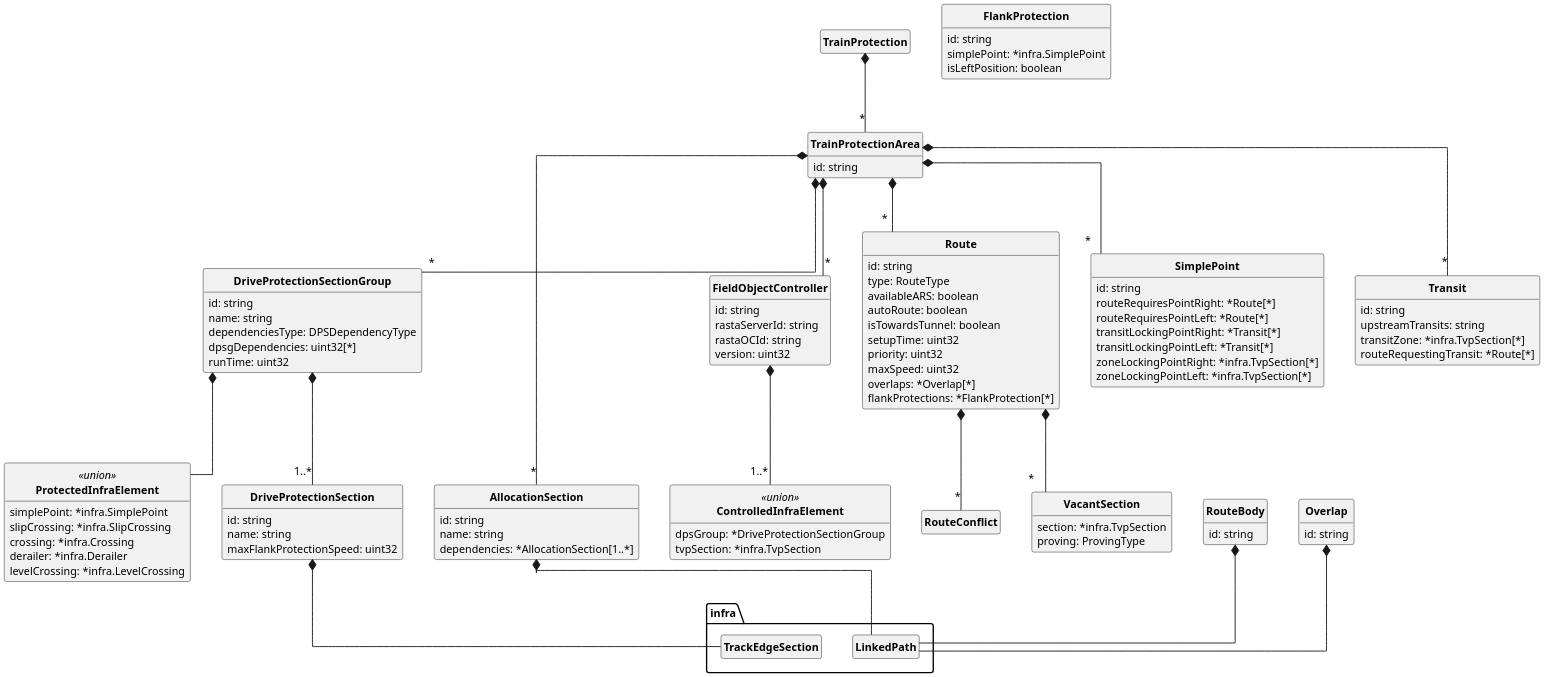
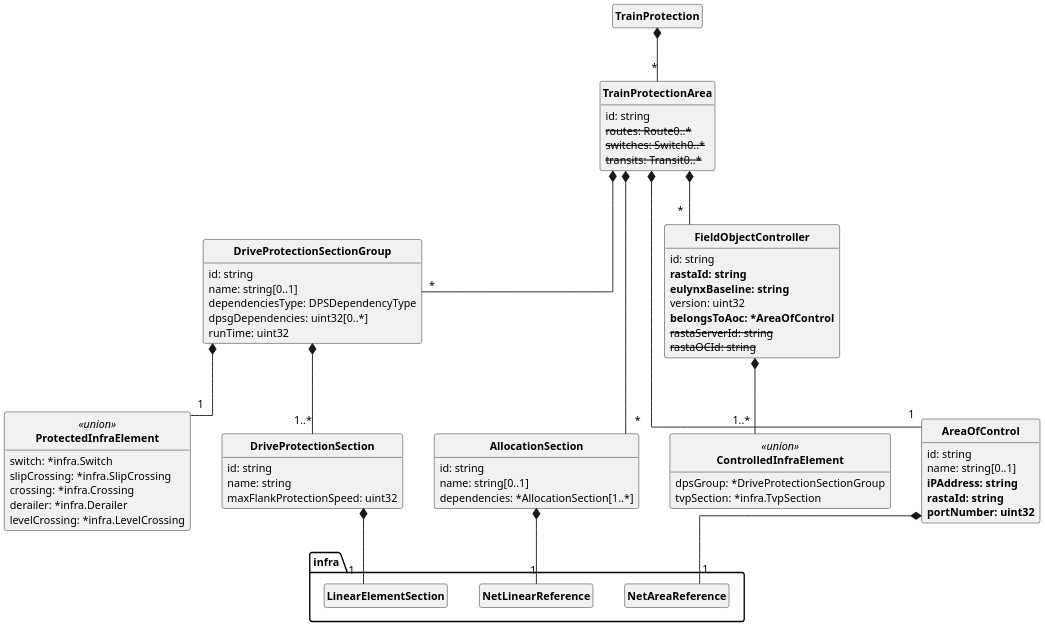
One commit to StructLab/CCSTMS-Data-Model changed the diagram in Resources/plant_uml/tp.plantuml. Above: the diagram before and after it, drawn with PlantUML. The commit also changed 25 other files, not shown here.

Commit message:
uml resource

```diff
--- a/Resources/plant_uml/tp.plantuml
+++ b/Resources/plant_uml/tp.plantuml
@@ -1,129 +1,86 @@
 @startuml
 skinparam monochrome true
 skinparam shadowing false
 skinparam classAttributeIconSize 0
 skinparam DefaultFontName arial
 skinparam DefaultFontSize 12
 skinparam ClassFontStyle bold
 skinparam linetype ortho
 skinparam dpi 200
 hide empty fields
 hide empty methods
 hide circle
 
 class ProtectedInfraElement << union >> {
- simplePoint: *infra.SimplePoint
+ switch: *infra.Switch
  slipCrossing: *infra.SlipCrossing
  crossing: *infra.Crossing
  derailer: *infra.Derailer
  levelCrossing: *infra.LevelCrossing
 }
 
 class DriveProtectionSectionGroup {
  id: string
- name: string
+ name: string[0..1]
  dependenciesType: DPSDependencyType
- dpsgDependencies: uint32[*]
+ dpsgDependencies: uint32[0..*]
  runTime: uint32
 }
 
 class DriveProtectionSection {
  id: string
  name: string
  maxFlankProtectionSpeed: uint32
 }
 
 class AllocationSection {
  id: string
- name: string
+ name: string[0..1]
  dependencies: *AllocationSection[1..*]
 }
 
 class ControlledInfraElement << union >> {
  dpsGroup: *DriveProtectionSectionGroup
  tvpSection: *infra.TvpSection
 }
 
 class FieldObjectController {
  id: string
- rastaServerId: string
- rastaOCId: string
+ <b>rastaId: string</b>
+ <b>eulynxBaseline: string</b>
  version: uint32
+ <b>belongsToAoc: *AreaOfControl</b>
+ <s>rastaServerId: string</s>
+ <s>rastaOCId: string</s>
 }
 
-class Route {
+class AreaOfControl {
  id: string
- type: RouteType
- availableARS: boolean
- autoRoute: boolean
- isTowardsTunnel: boolean
- setupTime: uint32
- priority: uint32
- maxSpeed: uint32
- overlaps: *Overlap[*]
- flankProtections: *FlankProtection[*]
-}
-
-class RouteBody {
- id: string
-}
-
-class Overlap {
- id: string
-}
-
-class FlankProtection {
- id: string
- simplePoint: *infra.SimplePoint
- isLeftPosition: boolean
-}
-
-class RouteConflict {
-}
-
-class VacantSection {
- section: *infra.TvpSection
- proving: ProvingType
-}
-
-class SimplePoint {
- id: string
- routeRequiresPointRight: *Route[*]
- routeRequiresPointLeft: *Route[*]
- transitLockingPointRight: *Transit[*]
- transitLockingPointLeft: *Transit[*]
- zoneLockingPointRight: *infra.TvpSection[*]
- zoneLockingPointLeft: *infra.TvpSection[*]
-}
-
-class Transit {
- id: string
- upstreamTransits: string
- transitZone: *infra.TvpSection[*]
- routeRequestingTransit: *Route[*]
+ name: string[0..1]
+ <b>iPAddress: string</b>
+ <b>rastaId: string</b>
+ <b>portNumber: uint32</b>
 }
 
 class TrainProtectionArea {
  id: string
+ <s>routes: Route0..*</s>
+ <s>switches: Switch0..*</s>
+ <s>transits: Transit0..*</s>
 }
 
 class TrainProtection {
 }
 
 DriveProtectionSectionGroup *-- "1..*" DriveProtectionSection
-DriveProtectionSectionGroup *-- ProtectedInfraElement
-DriveProtectionSection *-- infra.TrackEdgeSection
-AllocationSection *-- infra.LinkedPath
+DriveProtectionSectionGroup *-- "1" ProtectedInfraElement
+DriveProtectionSection *-- "1" infra.LinearElementSection
+AllocationSection *-- "1" infra.NetLinearReference
 FieldObjectController *-- "1..*" ControlledInfraElement
-Route *-- "*" VacantSection
-Route *-- "*" RouteConflict
-RouteBody *-- infra.LinkedPath
-Overlap *-- infra.LinkedPath
+AreaOfControl *-- "1" infra.NetAreaReference
 TrainProtectionArea *-- "*" DriveProtectionSectionGroup
 TrainProtectionArea *-- "*" AllocationSection
 TrainProtectionArea *-- "*" FieldObjectController
-TrainProtectionArea *-- "*" Route
-TrainProtectionArea *-- "*" SimplePoint
-TrainProtectionArea *-- "*" Transit
+TrainProtectionArea *-- "1" AreaOfControl
 TrainProtection *-- "*" TrainProtectionArea
 @enduml
```
